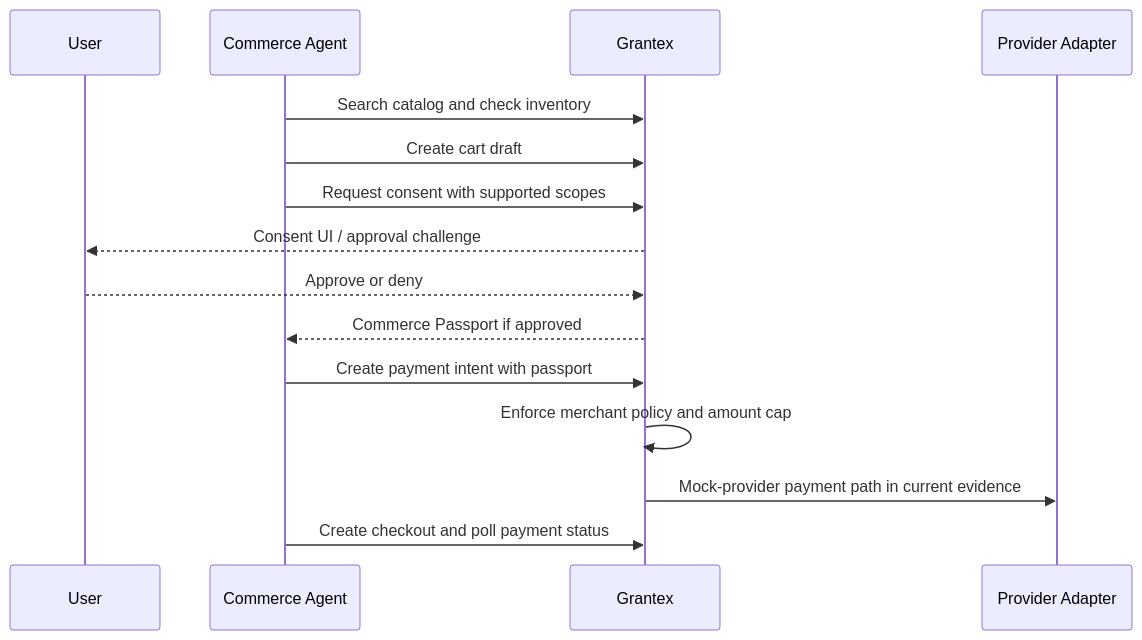
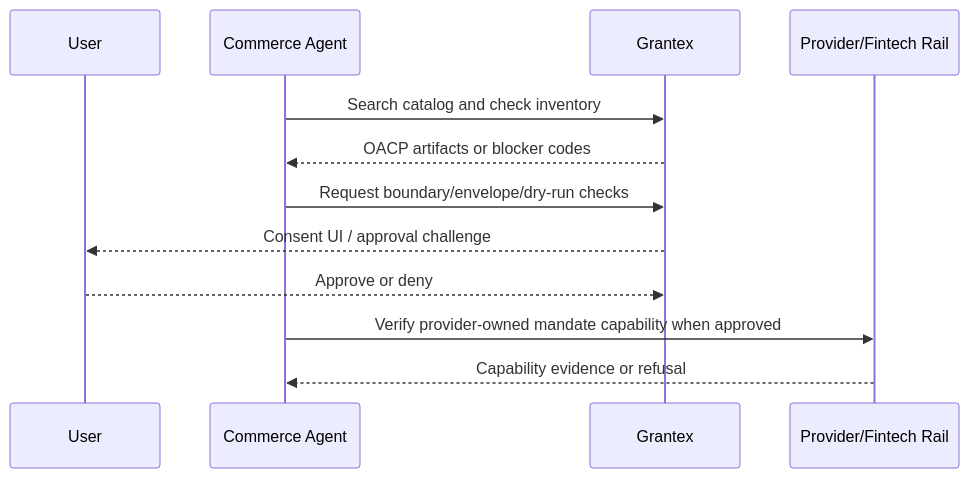
Before and after one commit to mishrasanjeev/grantex: the second of 3 diagrams in docs/guides/commerce-v1-overview.mdx, drawn with Mermaid. The commit also changed other lines of this file and 4 other files, not shown here.

Commit message:
docs(commerce): update OACP PRD and content plan

````diff
--- a/docs/guides/commerce-v1-overview.mdx
+++ b/docs/guides/commerce-v1-overview.mdx
@@ -83,17 +84,14 @@
 ```mermaid
 sequenceDiagram
   participant U as User
   participant A as Commerce Agent
   participant G as Grantex
-  participant P as Provider Adapter
+  participant P as Provider/Fintech Rail
   A->>G: Search catalog and check inventory
-  A->>G: Create cart draft
-  A->>G: Request consent with supported scopes
+  G-->>A: OACP artifacts or blocker codes
+  A->>G: Request boundary/envelope/dry-run checks
   G-->>U: Consent UI / approval challenge
   U-->>G: Approve or deny
-  G-->>A: Commerce Passport if approved
-  A->>G: Create payment intent with passport
-  G->>G: Enforce merchant policy and amount cap
-  G->>P: Mock-provider payment path in current evidence
-  A->>G: Create checkout and poll payment status
+  A->>P: Verify provider-owned mandate capability when approved
+  P-->>A: Capability evidence or refusal
 ```
````
